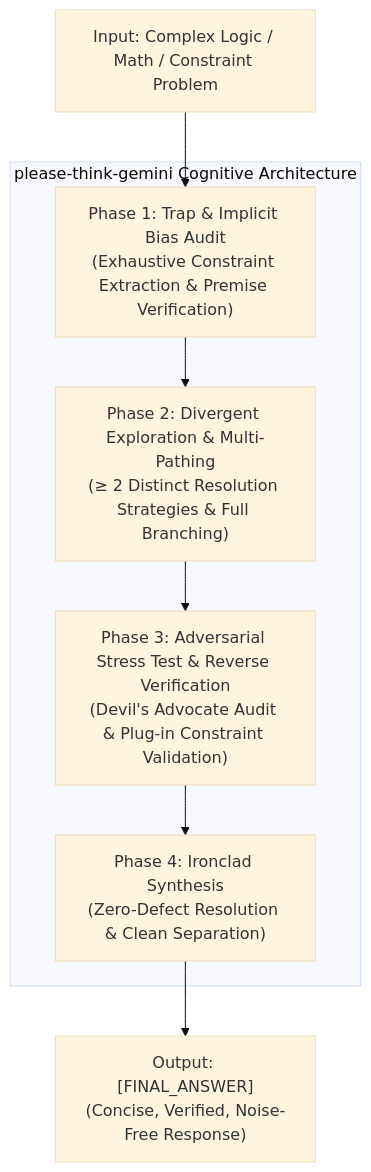
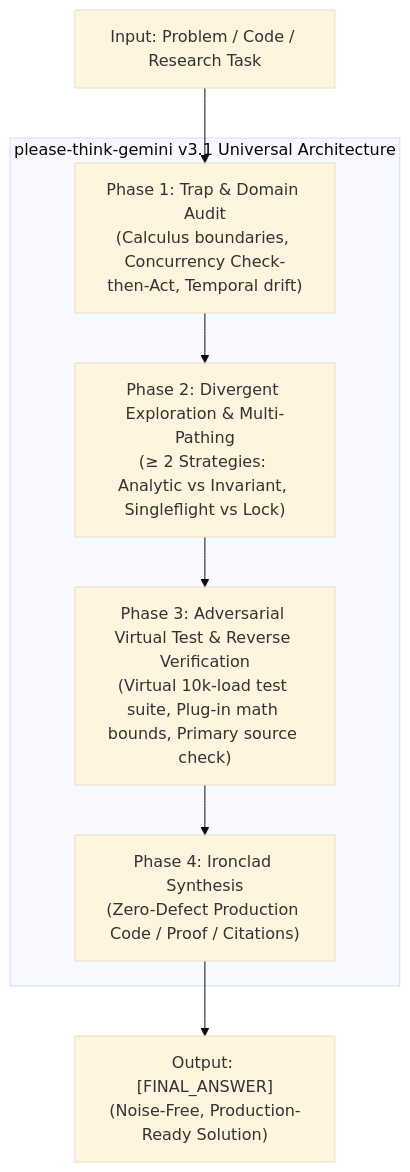
Before and after one commit to aidevksh/please-think-gemini: the diagram in README.md, drawn with Mermaid (base theme). The commit also changed other lines of this file and 8 other files, not shown here.

Commit message:
feat: expand multi-domain testing (math, concurrency code, live research), upgrade prompt to v3.1 Universal, and update dashboard

````diff
--- a/README.md
+++ b/README.md
@@ -52,13 +54,13 @@
 ```mermaid
 flowchart TD
-    Q["Input: Complex Logic / Math / Constraint Problem"] --> P1
+    Q["Input: Problem / Code / Research Task"] --> P1
     
-    subgraph Engine ["please-think-gemini Cognitive Architecture"]
-        P1["Phase 1: Trap & Implicit Bias Audit<br/>(Exhaustive Constraint Extraction & Premise Verification)"] --> P2
-        P2["Phase 2: Divergent Exploration & Multi-Pathing<br/>(≥ 2 Distinct Resolution Strategies & Full Branching)"] --> P3
-        P3["Phase 3: Adversarial Stress Test & Reverse Verification<br/>(Devil's Advocate Audit & Plug-in Constraint Validation)"] --> P4
-        P4["Phase 4: Ironclad Synthesis<br/>(Zero-Defect Resolution & Clean Separation)"]
+    subgraph Engine ["please-think-gemini v3.1 Universal Architecture"]
+        P1["Phase 1: Trap & Domain Audit<br/>(Calculus boundaries, Concurrency Check-then-Act, Temporal drift)"] --> P2
+        P2["Phase 2: Divergent Exploration & Multi-Pathing<br/>(≥ 2 Strategies: Analytic vs Invariant, Singleflight vs Lock)"] --> P3
+        P3["Phase 3: Adversarial Virtual Test & Reverse Verification<br/>(Virtual 10k-load test suite, Plug-in math bounds, Primary source check)"] --> P4
+        P4["Phase 4: Ironclad Synthesis<br/>(Zero-Defect Production Code / Proof / Citations)"]
     end
     
-    P4 --> OUT["Output: [FINAL_ANSWER]<br/>(Concise, Verified, Noise-Free Response)"]
+    P4 --> OUT["Output: [FINAL_ANSWER]<br/>(Noise-Free, Production-Ready Solution)"]
 ```
````
